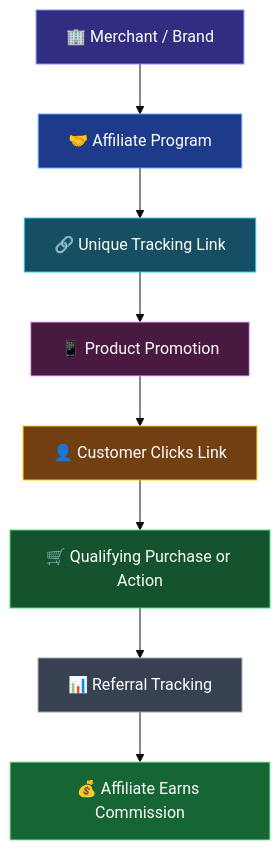
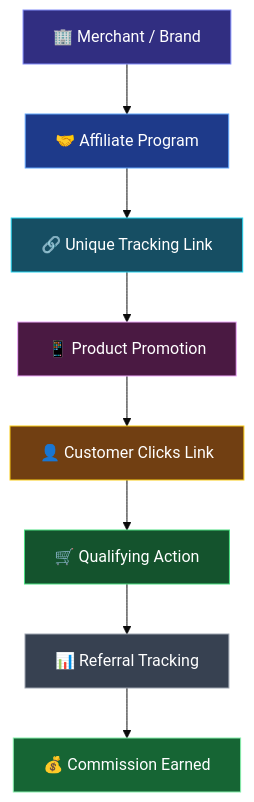
One commit to yash77258-pro/affiliate-marketing-project changed the diagram in Affiliate_Marketing_Readme .md. Above: the diagram before and after it, drawn with Mermaid (base theme). The commit also changed other lines of this file, not shown here.

First line of the commit message:
Revise Affiliate Marketing README for clarity and detail

````diff
--- a/Affiliate_Marketing_Readme .md
+++ b/Affiliate_Marketing_Readme .md
@@ -43,19 +39,19 @@
 ```mermaid
 flowchart TD
     A["🏢 Merchant / Brand"] --> B["🤝 Affiliate Program"]
     B --> C["🔗 Unique Tracking Link"]
     C --> D["📱 Product Promotion"]
     D --> E["👤 Customer Clicks Link"]
-    E --> F["🛒 Qualifying Purchase or Action"]
+    E --> F["🛒 Qualifying Action"]
     F --> G["📊 Referral Tracking"]
-    G --> H["💰 Affiliate Earns Commission"]
+    G --> H["💰 Commission Earned"]
 
     style A fill:#312e81,color:#ffffff,stroke:#818cf8
     style B fill:#1e3a8a,color:#ffffff,stroke:#60a5fa
     style C fill:#164e63,color:#ffffff,stroke:#22d3ee
     style D fill:#4a1942,color:#ffffff,stroke:#f0abfc
     style E fill:#713f12,color:#ffffff,stroke:#facc15
     style F fill:#14532d,color:#ffffff,stroke:#4ade80
     style G fill:#374151,color:#ffffff,stroke:#9ca3af
     style H fill:#166534,color:#ffffff,stroke:#86efac
 ```
````
